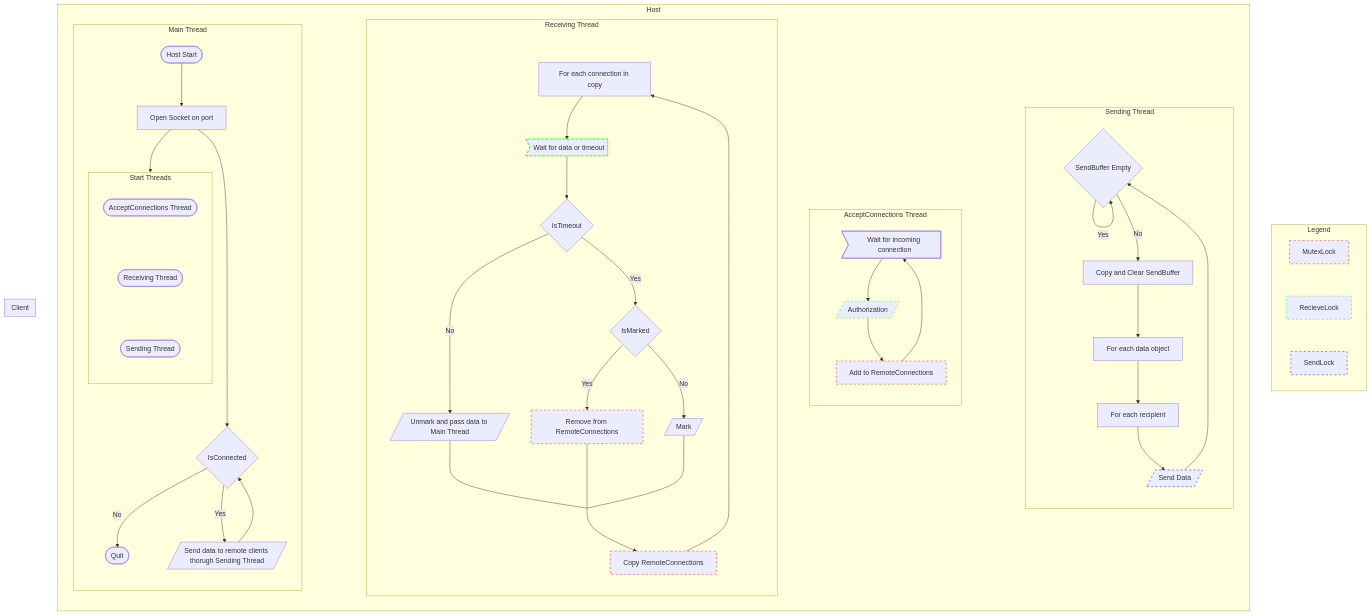
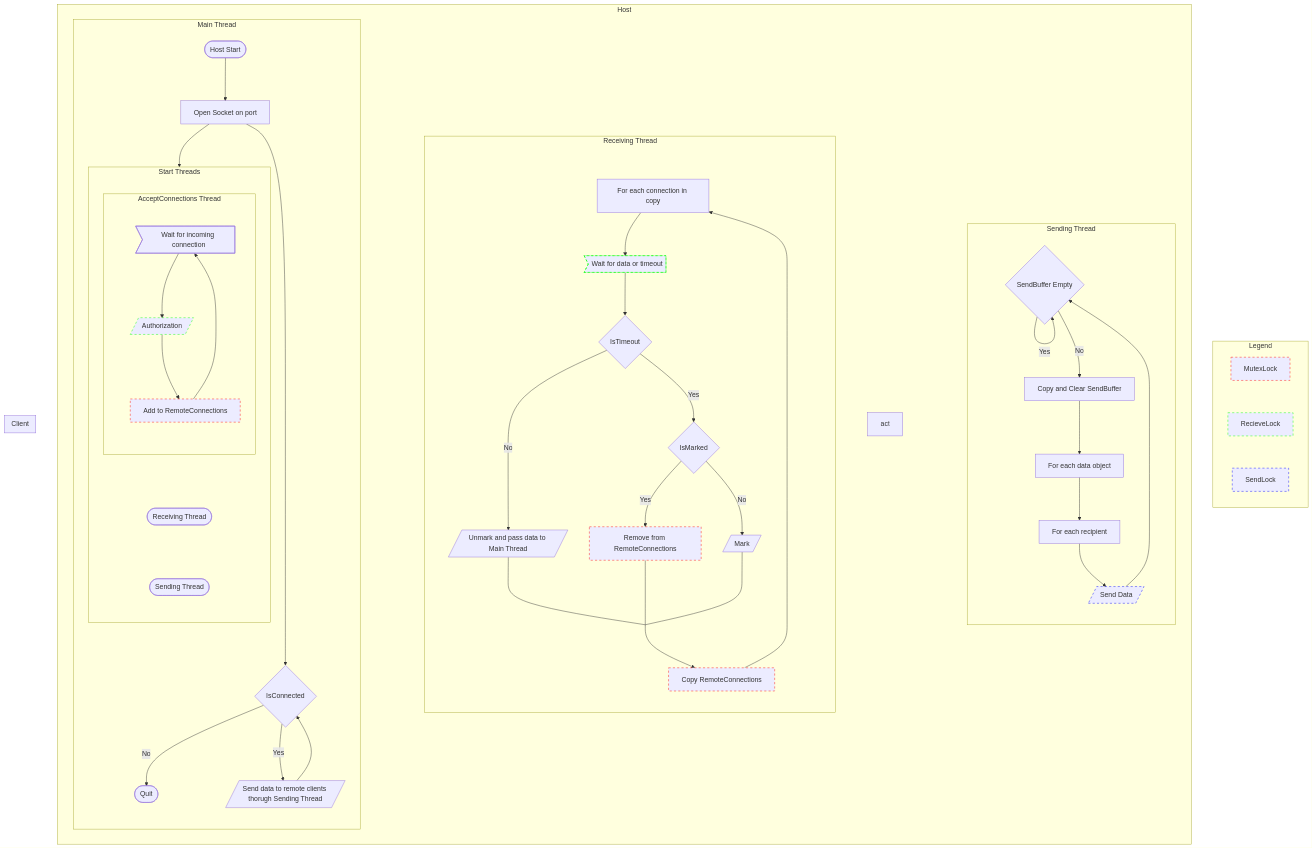
One commit to GMcMichael/ThornNetworking changed the diagram in README.md. Above: the diagram before and after it, drawn with Mermaid.

````diff
--- a/README.md
+++ b/README.md
@@ -1,52 +1,52 @@
 ```mermaid
 flowchart
     subgraph Legend
         direction TB
         ml[MutexLock]:::MutexLock ~~~ rl[RecieveLock]:::RecieveLock ~~~ sl[SendLock]:::SendLock
     end
     subgraph Host
         direction LR
         mt ~~~~ rt ~~~ act ~~~~ st
         subgraph mt [Main Thread]
             direction TB
-            A1([Host Start])-->B1[Open Socket on port]
-            B1--->D1{IsConnected}
-            D1-- No -->E1([Quit])
-            D1-- Yes -->F1[/Send data to remote clients thorugh Sending Thread/] --> D1
-            B1-->st1
-            subgraph st1 [Start Threads]
+            HostStart([Host Start]) --> OpenSocket[Open Socket on port]
+            OpenSocket ---> IsConnected{IsConnected}
+            IsConnected -- No --> HostQuit([Quit])
+            IsConnected -- Yes --> HostSendData[/Send data to remote clients thorugh Sending Thread/] --> IsConnected
+            OpenSocket --> HostStartThreads
+            subgraph HostStartThreads [Start Threads]
                 direction TB
-                G1([AcceptConnections Thread]) ~~~ H1([Receiving Thread]) ~~~ I1([Sending Thread])
+                AcceptConnectionsThread([AcceptConnections Thread]) ~~~ ReceivingThread([Receiving Thread]) ~~~ SendingThread([Sending Thread])
             end
         end
-        subgraph act [AcceptConnections Thread]
+        subgraph AcceptConnectionsThread [AcceptConnections Thread]
             direction TB
-            A2>Wait for incoming connection] --> B2[/Authorization/]:::RecieveLock --> C2[Add to RemoteConnections]:::MutexLock --> A2
+            WaitConnection>Wait for incoming connection] --> Authorization[/Authorization/]:::RecieveLock --> AddConnection[Add to RemoteConnections]:::MutexLock --> WaitConnection
         end
         subgraph rt [Receiving Thread]
             direction TB
-            A3[Copy RemoteConnections]:::MutexLock --> B3
+            CopyConnections[Copy RemoteConnections]:::MutexLock --> ConnectionLoop
             h1:::hidden
             subgraph h1[" "]
-                B3[For each connection in copy] --> C3>Wait for data or timeout]:::RecieveLock --> D3{IsTimeout} -- No --> E3[/Unmark and pass data to Main Thread/]
-                D3 -- Yes --> F3{IsMarked} -- Yes --> G3[Remove from RemoteConnections]:::MutexLock
-                F3 -- No --> H3[/Mark/]
+                ConnectionLoop[For each connection in copy] --> DataWait>Wait for data or timeout]:::RecieveLock --> IsTimeout{IsTimeout} -- No --> PassData[/Unmark and pass data to Main Thread/]
+                IsTimeout -- Yes --> IsMarked{IsMarked} -- Yes --> RemoveConnection[Remove from RemoteConnections]:::MutexLock
+                IsMarked -- No --> Mark[/Mark/]
             end
-            E3 & G3 & H3 --- I3[" "]:::hidden --> A3
+            PassData & RemoveConnection & Mark --- h2[" "]:::hidden --> CopyConnections
         end
         subgraph st [Sending Thread]
             direction TB
-            A4{SendBuffer Empty} -- Yes --> A4
-            A4 -- No --> B4[Copy and Clear SendBuffer]:::MutexLOck --> C4[For each data object] --> D4[For each recipient]
-            D4 --> E4[/Send Data/]:::SendLock --> A4
+            SendBufferEmpty{SendBuffer Empty} -- Yes --> SendBufferEmpty
+            SendBufferEmpty -- No --> CopyBuffer[Copy and Clear SendBuffer]:::MutexLOck --> DataObjLoop[For each data object] --> RecipientLoop[For each recipient]
+            RecipientLoop --> SendData[/Send Data/]:::SendLock --> SendBufferEmpty
         end
     end
     subgraph Client
         direction TB
         
     end
     classDef hidden display: none;
     classDef MutexLock stroke:#ff0000, stroke-dasharray: 5 5;
     classDef RecieveLock stroke:#00ff00, stroke-dasharray: 5 5;
     classDef SendLock stroke:#0000ff, stroke-dasharray: 5 5;
 ```
````
